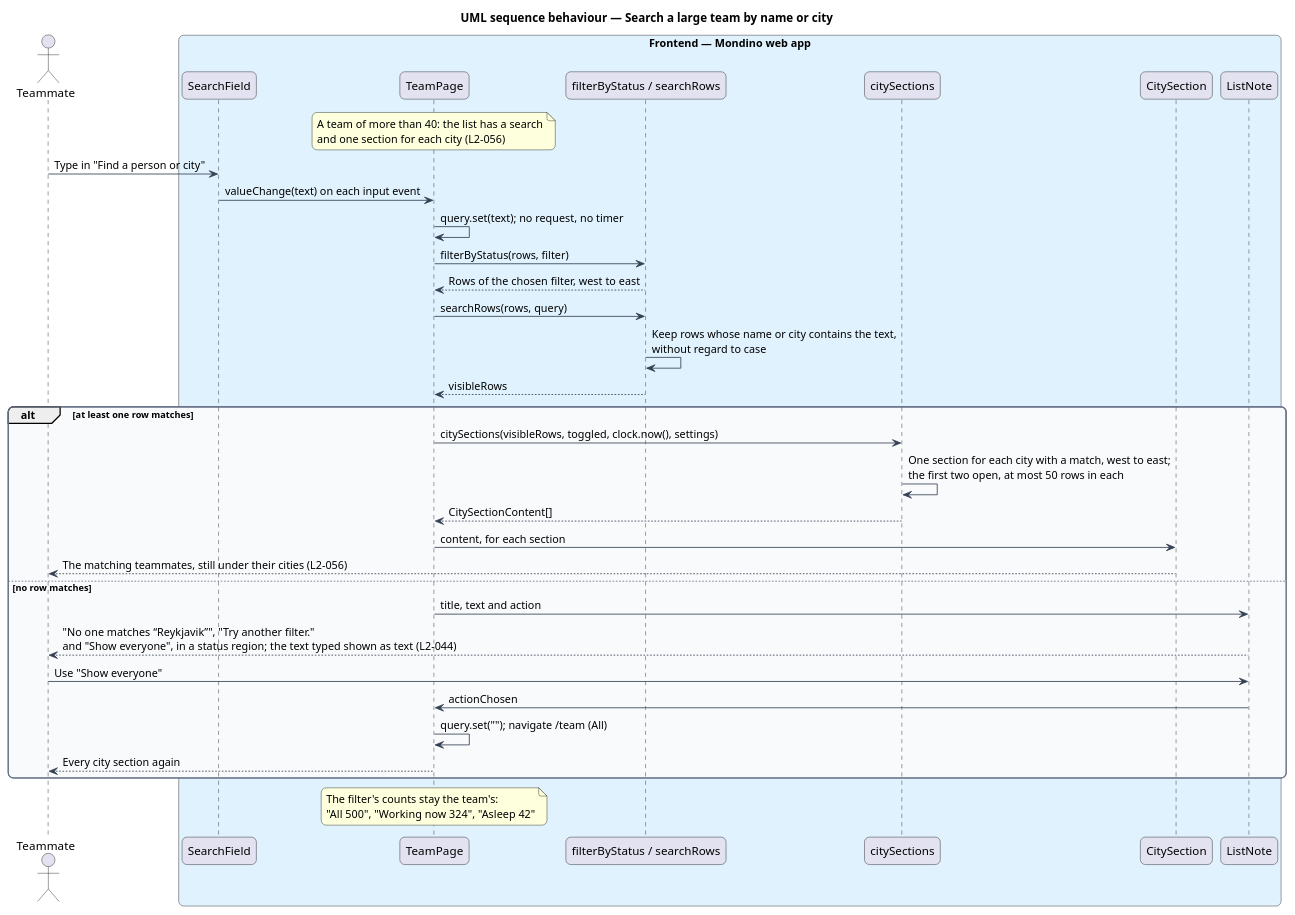
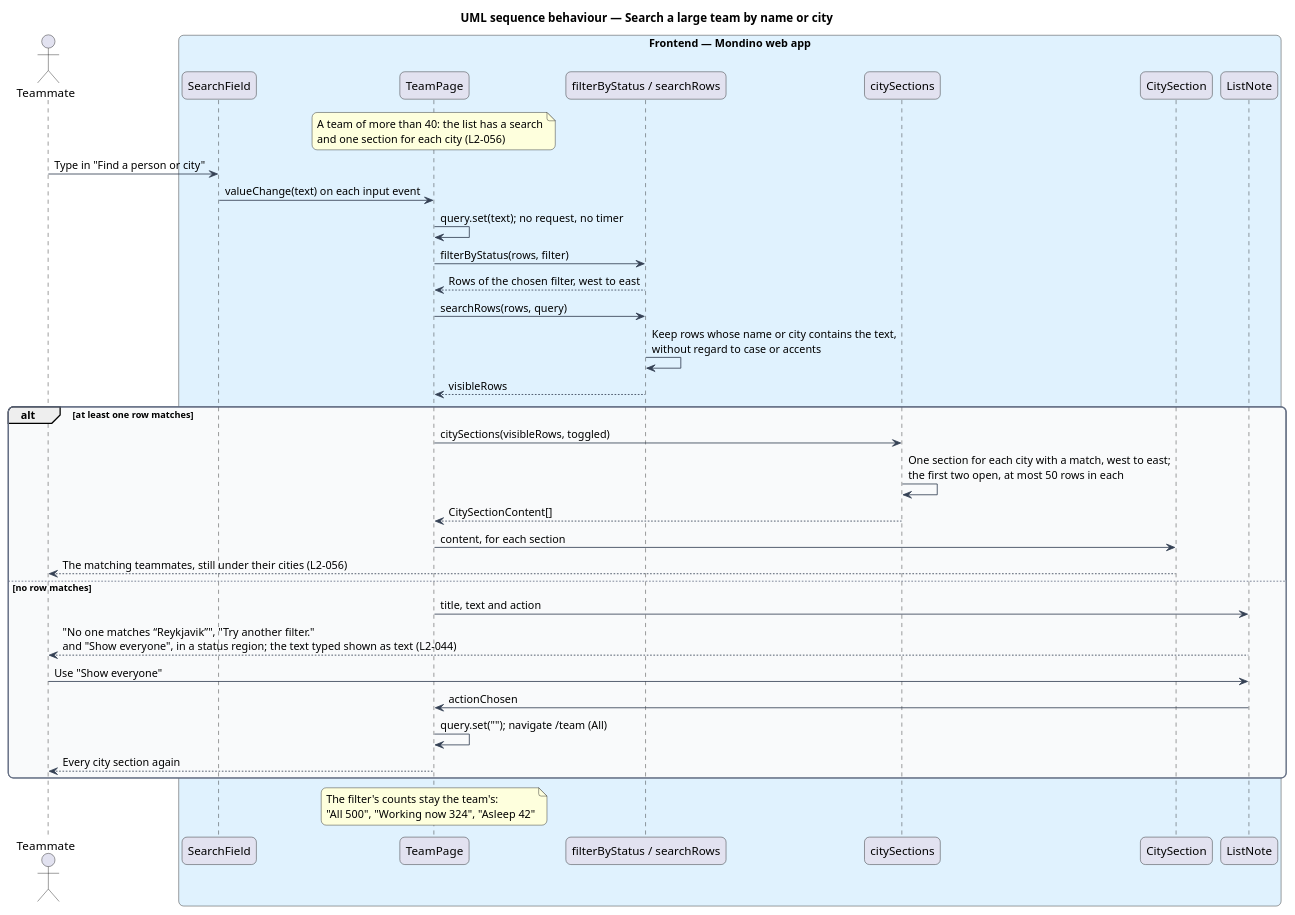
Before and after one commit to QuinntyneBrown/Mondino: the diagram in docs/detailed-designs/team/view-team-through-the-day/diagrams/sequence-search-team.puml, drawn with PlantUML. The commit also changed 17 other files, not shown here.

```diff
--- a/docs/detailed-designs/team/view-team-through-the-day/diagrams/sequence-search-team.puml
+++ b/docs/detailed-designs/team/view-team-through-the-day/diagrams/sequence-search-team.puml
@@ -1,50 +1,50 @@
 @startuml
 title UML sequence behaviour — Search a large team by name or city
 skinparam backgroundColor #FFFFFF
 skinparam shadowing false
 skinparam roundcorner 12
 skinparam defaultFontName Arial
 skinparam ArrowColor #344054
 skinparam rectangle {
   BorderColor #344054
   FontColor #101828
 }
 skinparam package {
   BorderColor #667085
   FontColor #101828
   BackgroundColor #F9FAFB
 }
 actor "Teammate" as actor
 box "Frontend — Mondino web app" #E0F2FE
   participant "SearchField" as search
   participant "TeamPage" as page
   participant "filterByStatus / searchRows" as fn
   participant "citySections" as sections
   participant "CitySection" as city
   participant "ListNote" as note
 end box
 note over page : A team of more than 40: the list has a search\nand one section for each city (L2-056)
 actor -> search : Type in "Find a person or city"
 search -> page : valueChange(text) on each input event
 page -> page : query.set(text); no request, no timer
 page -> fn : filterByStatus(rows, filter)
 fn --> page : Rows of the chosen filter, west to east
 page -> fn : searchRows(rows, query)
-fn -> fn : Keep rows whose name or city contains the text,\nwithout regard to case
+fn -> fn : Keep rows whose name or city contains the text,\nwithout regard to case or accents
 fn --> page : visibleRows
 alt at least one row matches
-  page -> sections : citySections(visibleRows, toggled, clock.now(), settings)
+  page -> sections : citySections(visibleRows, toggled)
   sections -> sections : One section for each city with a match, west to east;\nthe first two open, at most 50 rows in each
   sections --> page : CitySectionContent[]
   page -> city : content, for each section
   city --> actor : The matching teammates, still under their cities (L2-056)
 else no row matches
   page -> note : title, text and action
   note --> actor : "No one matches “Reykjavik”", "Try another filter."\nand "Show everyone", in a status region; the text typed shown as text (L2-044)
   actor -> note : Use "Show everyone"
   note -> page : actionChosen
   page -> page : query.set(""); navigate /team (All)
   page --> actor : Every city section again
 end
 note over page : The filter's counts stay the team's:\n"All 500", "Working now 324", "Asleep 42"
 @enduml
```
